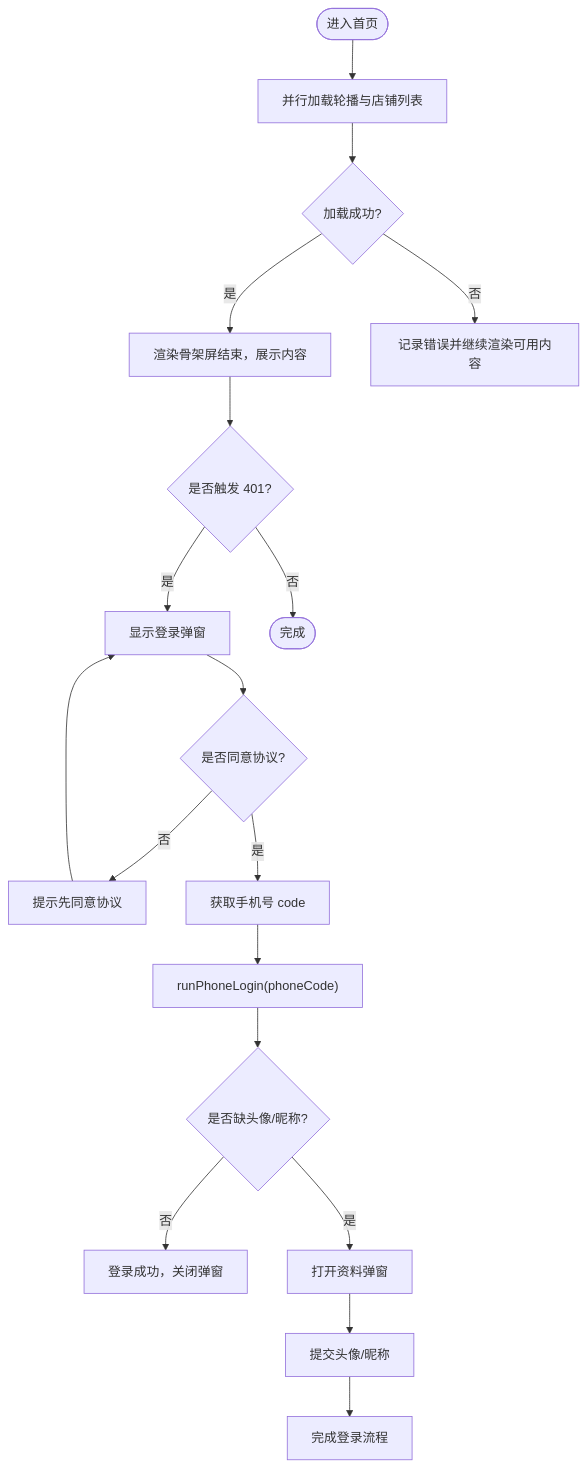
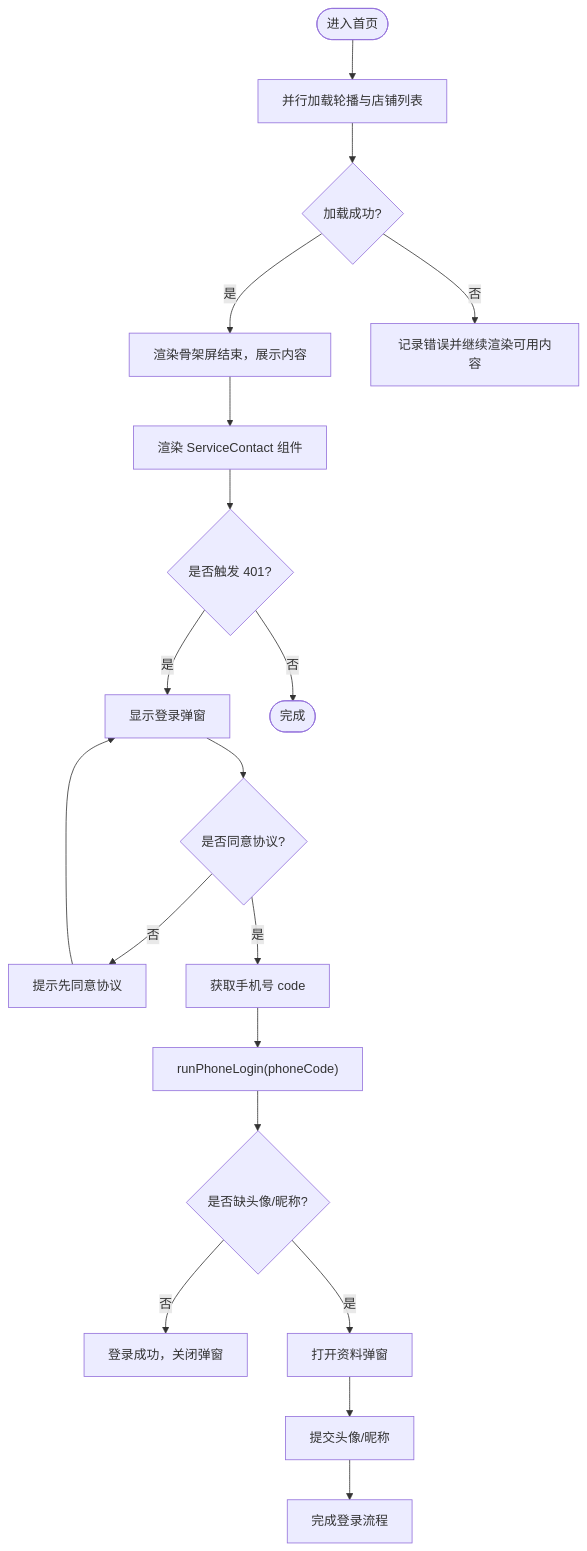
The third of 4 diagrams in .qoder/repowiki/zh/content/核心功能模块/主页入口增强.md (crazyma99/blueberry), drawn with Mermaid before and after one commit. The commit also changed other lines of this file and 14 other files, not shown here.

````diff
--- a/.qoder/repowiki/zh/content/核心功能模块/主页入口增强.md
+++ b/.qoder/repowiki/zh/content/核心功能模块/主页入口增强.md
@@ -163,19 +188,20 @@
 ```mermaid
 flowchart TD
 Start(["进入首页"]) --> LoadData["并行加载轮播与店铺列表"]
 LoadData --> DataOK{"加载成功?"}
 DataOK --> |是| Render["渲染骨架屏结束，展示内容"]
 DataOK --> |否| Fallback["记录错误并继续渲染可用内容"]
-Render --> ShowLogin{"是否触发 401?"}
+Render --> ShowServiceContact["渲染 ServiceContact 组件"]
+ShowServiceContact --> ShowLogin{"是否触发 401?"}
 ShowLogin --> |是| LoginPopup["显示登录弹窗"]
 ShowLogin --> |否| End(["完成"])
 LoginPopup --> Agree{"是否同意协议?"}
 Agree --> |否| Toast["提示先同意协议"] --> LoginPopup
 Agree --> |是| PhoneAuth["获取手机号 code"]
 PhoneAuth --> RunLogin["runPhoneLogin(phoneCode)"]
 RunLogin --> ProfileCheck{"是否缺头像/昵称?"}
 ProfileCheck --> |否| Success["登录成功，关闭弹窗"]
 ProfileCheck --> |是| ProfilePopup["打开资料弹窗"]
 ProfilePopup --> SubmitProfile["提交头像/昵称"]
 SubmitProfile --> Finish["完成登录流程"]
 ```
````
